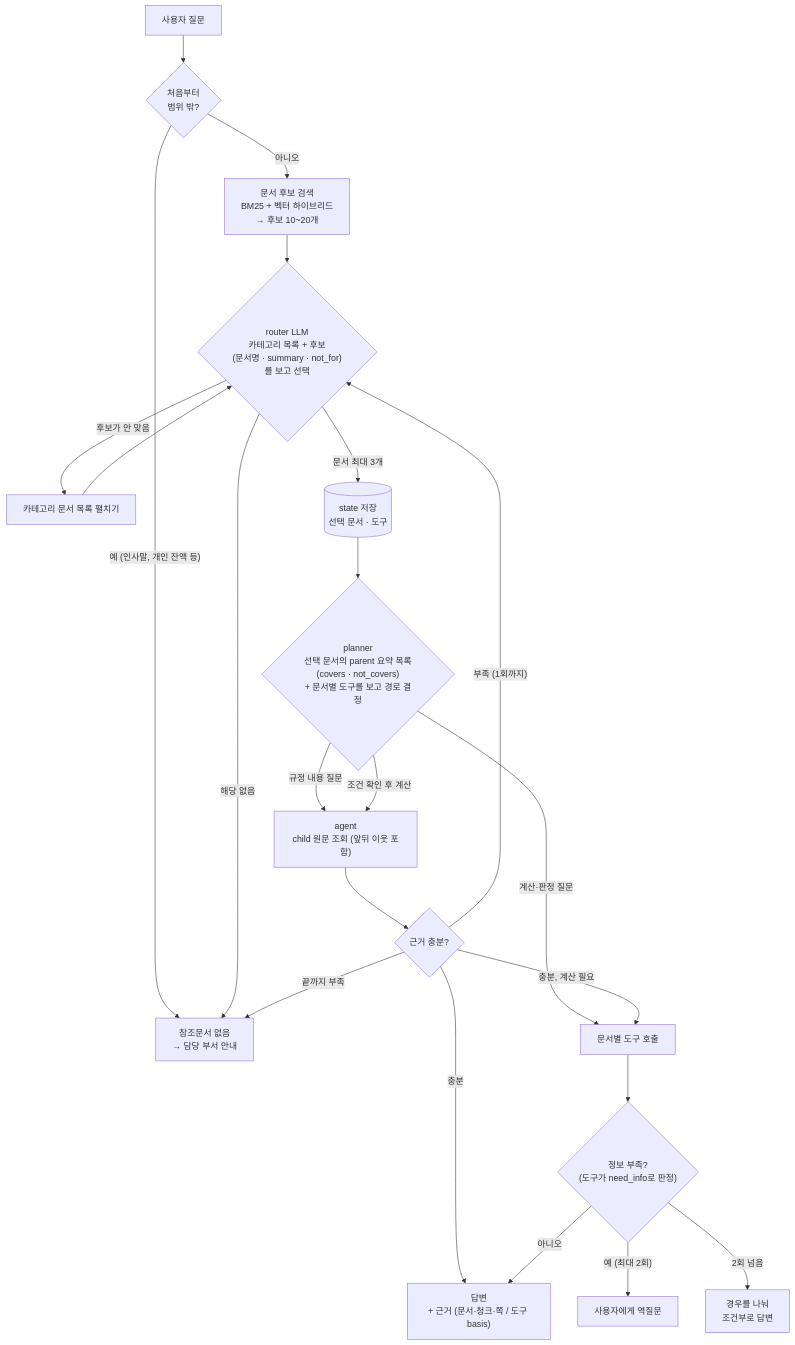
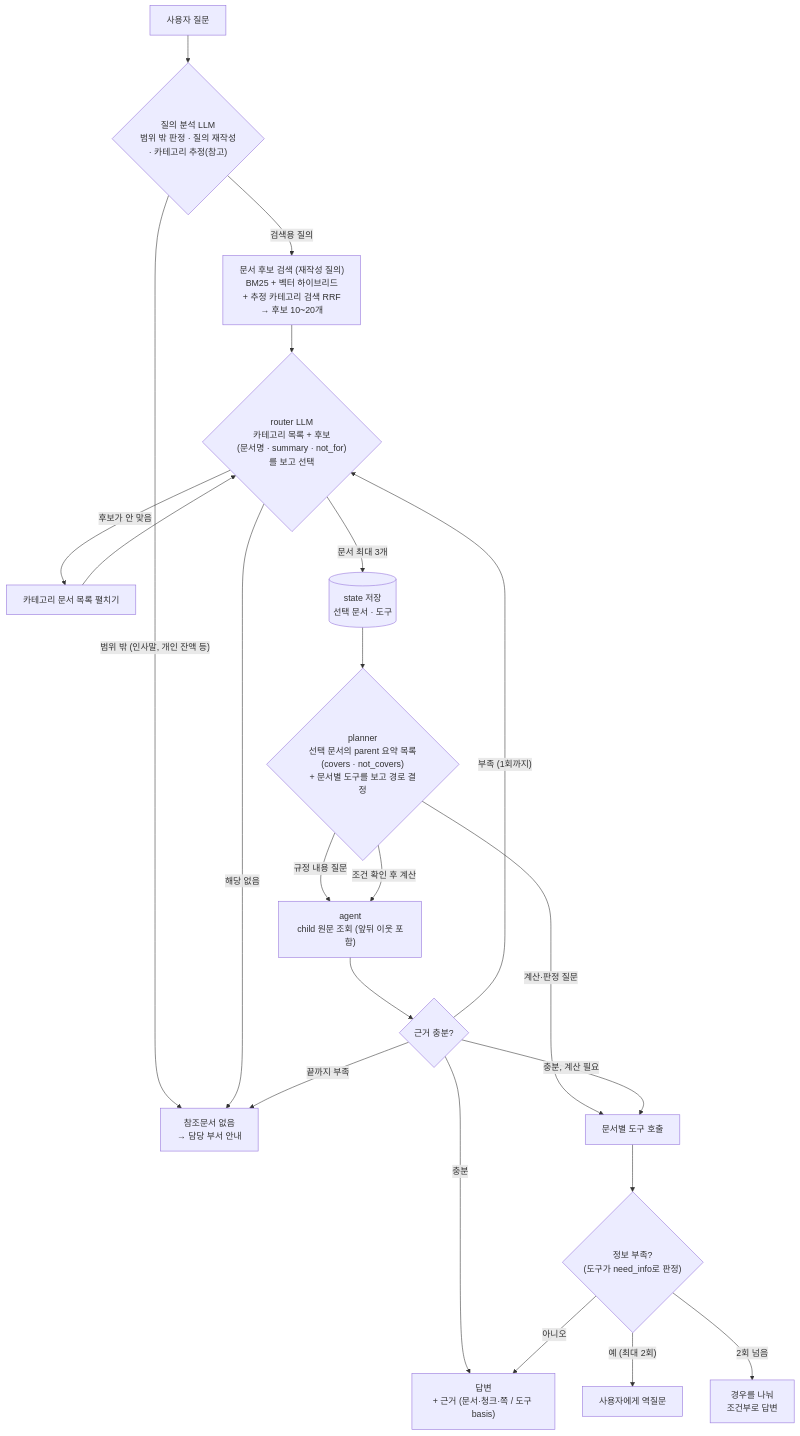
Before and after one commit to bbangwon/kicox_poc: the fourth of 6 diagrams in docs/RAG_FLOW_OVERVIEW.md, drawn with Mermaid. The commit also changed other lines of this file and 3 other files, not shown here.

````diff
--- a/docs/RAG_FLOW_OVERVIEW.md
+++ b/docs/RAG_FLOW_OVERVIEW.md
@@ -107,28 +108,28 @@
 ```mermaid
 flowchart TD
-    Q["사용자 질문"] --> OOS{"처음부터<br/>범위 밖?"}
-    OOS -- "예 (인사말, 개인 잔액 등)" --> NONE["참조문서 없음<br/>→ 담당 부서 안내"]
-    OOS -- 아니오 --> S["문서 후보 검색<br/>BM25 + 벡터 하이브리드<br/>→ 후보 10~20개"]
+    Q["사용자 질문"] --> QA{"질의 분석 LLM<br/>범위 밖 판정 · 질의 재작성<br/>· 카테고리 추정(참고)"}
+    QA -- "범위 밖 (인사말, 개인 잔액 등)" --> NONE["참조문서 없음<br/>→ 담당 부서 안내"]
+    QA -- "검색용 질의" --> S["문서 후보 검색 (재작성 질의)<br/>BM25 + 벡터 하이브리드<br/>+ 추정 카테고리 검색 RRF<br/>→ 후보 10~20개"]
 
     S --> SEL{"router LLM<br/>카테고리 목록 + 후보<br/>(문서명 · summary · not_for)를 보고 선택"}
     SEL -- "후보가 안 맞음" --> CAT["카테고리 문서 목록 펼치기"]
     CAT --> SEL
     SEL -- "해당 없음" --> NONE
     SEL -- "문서 최대 3개" --> ST[("state 저장<br/>선택 문서 · 도구")]
 
     ST --> PL{"planner<br/>선택 문서의 parent 요약 목록<br/>(covers · not_covers)<br/>+ 문서별 도구를 보고 경로 결정"}
     PL -- "계산·판정 질문" --> CALL["문서별 도구 호출"]
     PL -- "규정 내용 질문" --> AG["agent<br/>child 원문 조회 (앞뒤 이웃 포함)"]
     PL -- "조건 확인 후 계산" --> AG
 
     AG --> EV{"근거 충분?"}
     EV -- "부족 (1회까지)" --> SEL
     EV -- "끝까지 부족" --> NONE
     EV -- "충분, 계산 필요" --> CALL
     EV -- "충분" --> ANS["답변<br/>+ 근거 (문서·청크·쪽 / 도구 basis)"]
 
     CALL --> NEED{"정보 부족?<br/>(도구가 need_info로 판정)"}
     NEED -- 아니오 --> ANS
     NEED -- "예 (최대 2회)" --> ASK["사용자에게 역질문"]
     NEED -- "2회 넘음" --> COND["경우를 나눠<br/>조건부로 답변"]
 ```
````
